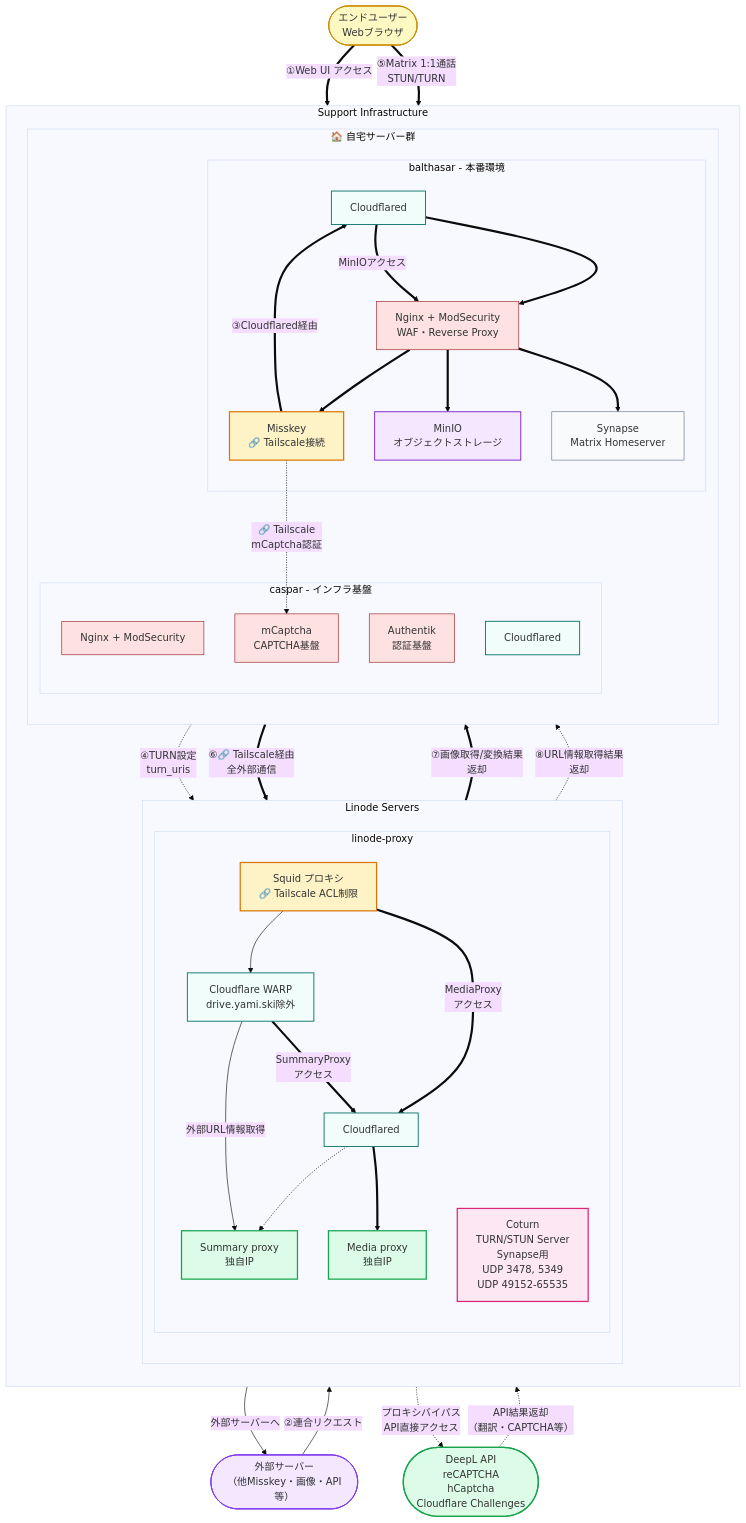
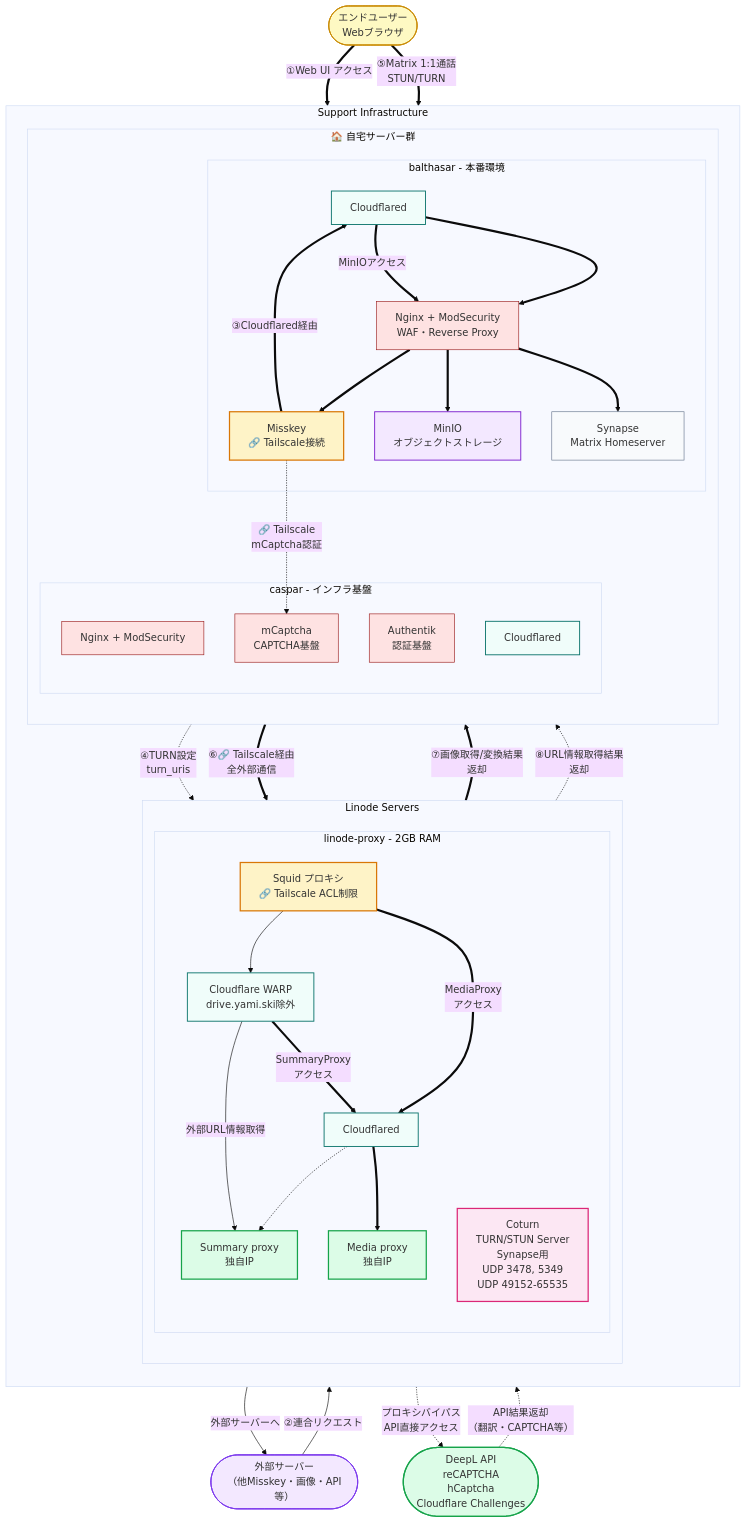
Before and after one commit to yamisskey-dev/yamisskey-host: the seventh of 7 diagrams in README.md, drawn with Mermaid (base theme). The commit also changed other lines of this file, not shown here.

```diff
--- a/README.md
+++ b/README.md
@@ -593,7 +593,7 @@
     
     subgraph linode[Linode Servers]
         direction TB
-        subgraph proxy[linode-proxy]
+        subgraph proxy[linode-proxy - 2GB RAM]
             summaryproxy[Summary proxy<br/>独自IP]:::direct
             mediaproxy[Media proxy<br/>独自IP]:::direct
             squid[Squid プロキシ<br/>🔗 Tailscale ACL制限]:::tailscale
```
